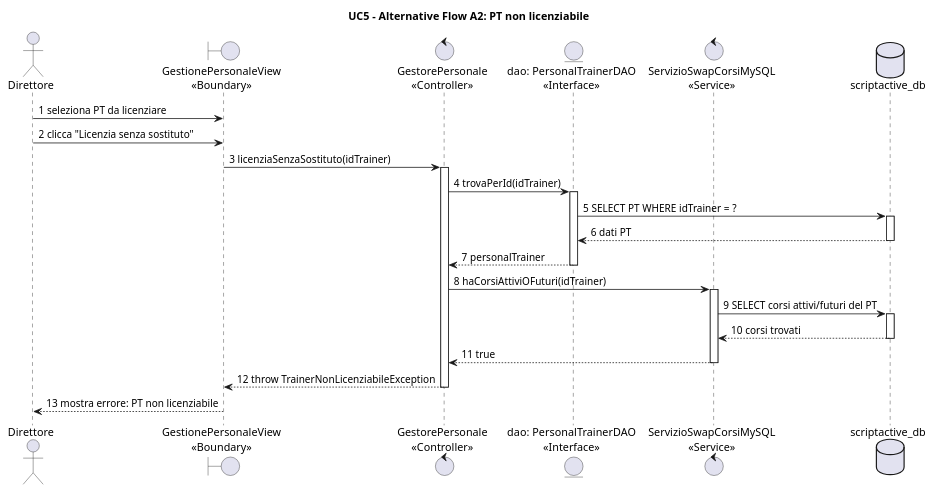
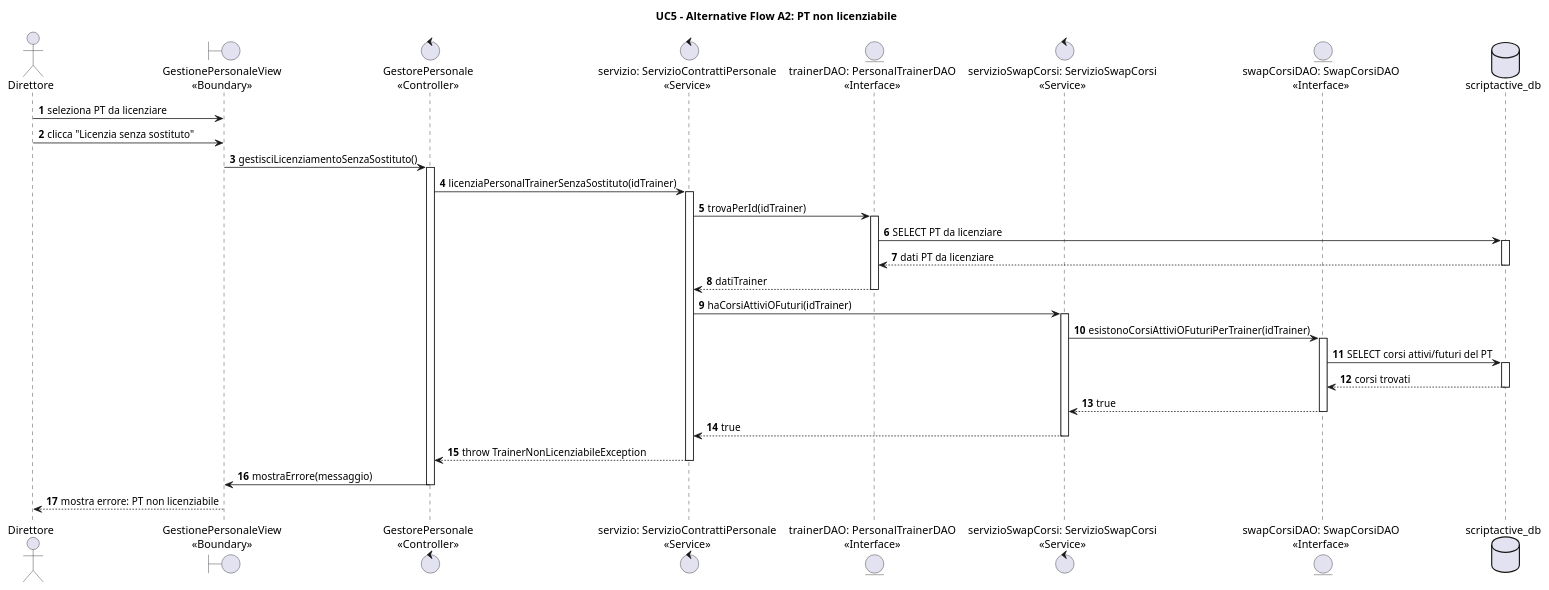
One commit to svilu999/Progetto-ScriptActive changed the sixth of 8 diagrams in ScriptActive/Documenti/08. Diagrammi di Sequenza/DSequenzaUC5.puml. Above: the diagram before and after it, drawn with PlantUML. The commit also changed other lines of this file and 33 other files, not shown here.

First line of the commit message:
Allinea i diagrammi UML al codice attuale

```diff
--- a/ScriptActive/Documenti/08. Diagrammi di Sequenza/DSequenzaUC5.puml
+++ b/ScriptActive/Documenti/08. Diagrammi di Sequenza/DSequenzaUC5.puml
@@ -334,44 +394,54 @@
-@startuml A2_TrainerNonLicenziabileException
+@startuml DSequenzaUC5Alt2
 title UC5 - Alternative Flow A2: PT non licenziabile
+
+autonumber
 
 actor "Direttore" as Direttore
 boundary "GestionePersonaleView\n<<Boundary>>" as View
 control "GestorePersonale\n<<Controller>>" as Controller
-entity "dao: PersonalTrainerDAO\n<<Interface>>" as PTDAO
-control "ServizioSwapCorsiMySQL\n<<Service>>" as SwapService
+control "servizio: ServizioContrattiPersonale\n<<Service>>" as Servizio
+entity "trainerDAO: PersonalTrainerDAO\n<<Interface>>" as PTDAO
+control "servizioSwapCorsi: ServizioSwapCorsi\n<<Service>>" as SwapService
+entity "swapCorsiDAO: SwapCorsiDAO\n<<Interface>>" as SwapDAO
 database "scriptactive_db" as DB
 
-Direttore -> View : 1 seleziona PT da licenziare
-Direttore -> View : 2 clicca "Licenzia senza sostituto"
+Direttore -> View : seleziona PT da licenziare
+Direttore -> View : clicca "Licenzia senza sostituto"
 
-View -> Controller : 3 licenziaSenzaSostituto(idTrainer)
+View -> Controller : gestisciLicenziamentoSenzaSostituto()
 activate Controller
 
-Controller -> PTDAO : 4 trovaPerId(idTrainer)
+Controller -> Servizio : licenziaPersonalTrainerSenzaSostituto(idTrainer)
+activate Servizio
+
+Servizio -> PTDAO : trovaPerId(idTrainer)
 activate PTDAO
-
-PTDAO -> DB : 5 SELECT PT WHERE idTrainer = ?
+PTDAO -> DB : SELECT PT da licenziare
 activate DB
-DB --> PTDAO : 6 dati PT
+DB --> PTDAO : dati PT da licenziare
 deactivate DB
-
-PTDAO --> Controller : 7 personalTrainer
+PTDAO --> Servizio : datiTrainer
 deactivate PTDAO
 
-Controller -> SwapService : 8 haCorsiAttiviOFuturi(idTrainer)
+Servizio -> SwapService : haCorsiAttiviOFuturi(idTrainer)
 activate SwapService
-
-SwapService -> DB : 9 SELECT corsi attivi/futuri del PT
+SwapService -> SwapDAO : esistonoCorsiAttiviOFuturiPerTrainer(idTrainer)
+activate SwapDAO
+SwapDAO -> DB : SELECT corsi attivi/futuri del PT
 activate DB
-DB --> SwapService : 10 corsi trovati
+DB --> SwapDAO : corsi trovati
 deactivate DB
-
-SwapService --> Controller : 11 true
+SwapDAO --> SwapService : true
+deactivate SwapDAO
+SwapService --> Servizio : true
 deactivate SwapService
 
-Controller --> View : 12 throw TrainerNonLicenziabileException
+Servizio --> Controller : throw TrainerNonLicenziabileException
+deactivate Servizio
+
+Controller -> View : mostraErrore(messaggio)
 deactivate Controller
 
-View --> Direttore : 13 mostra errore: PT non licenziabile
+View --> Direttore : mostra errore: PT non licenziabile
 
 @enduml
```
